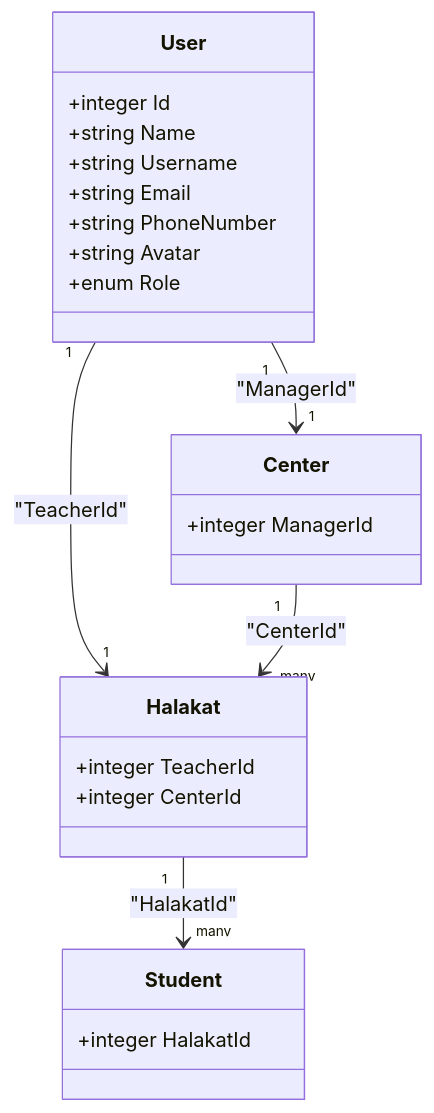
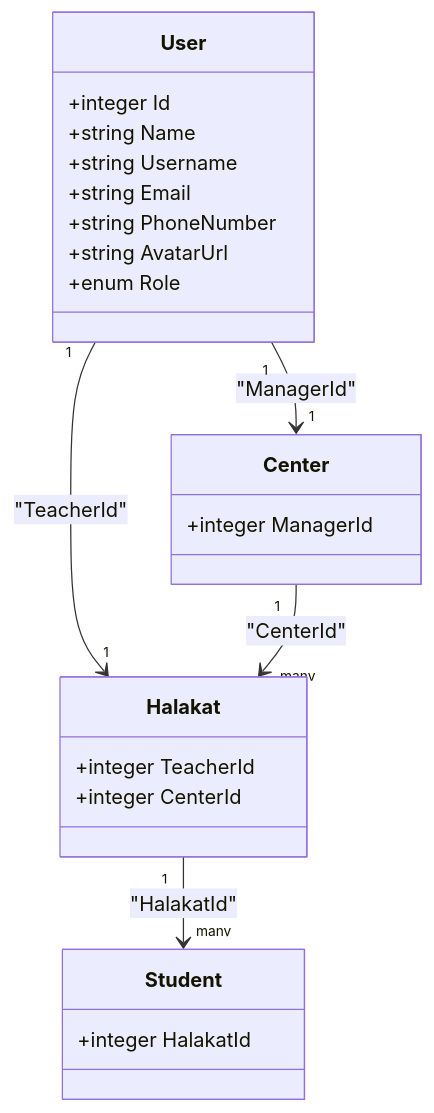
The third of 6 diagrams in .qoder/repowiki/en/content/Authentication & Authorization/Authentication & Authorization.md (Mreng78/khirocom_project), drawn with Mermaid before and after one commit. The commit also changed other lines of this file and 17 other files, not shown here.

````diff
--- a/.qoder/repowiki/en/content/Authentication & Authorization/Authentication & Authorization.md
+++ b/.qoder/repowiki/en/content/Authentication & Authorization/Authentication & Authorization.md
@@ -160,26 +222,26 @@
 ```mermaid
 classDiagram
 class User {
 +integer Id
 +string Name
 +string Username
 +string Email
 +string PhoneNumber
-+string Avatar
++string AvatarUrl
 +enum Role
 }
 class Center {
 +integer ManagerId
 }
 class Halakat {
 +integer TeacherId
 +integer CenterId
 }
 class Student {
 +integer HalakatId
 }
 User "1" --> "1" Center : "ManagerId"
 User "1" --> "1" Halakat : "TeacherId"
 Center "1" --> "many" Halakat : "CenterId"
 Halakat "1" --> "many" Student : "HalakatId"
 ```
````
